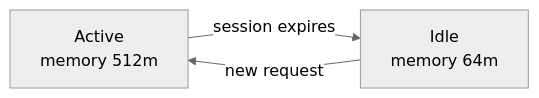
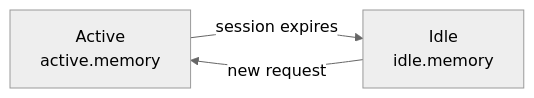
One commit to sablierapp/sablier changed the diagram in docs/content/how-to-guides/scaling-resources/scale-memory.md. Above: the diagram before and after it, drawn with Mermaid (neutral theme). The commit also changed other lines of this file and 17 other files, not shown here.

````diff
--- a/docs/content/how-to-guides/scaling-resources/scale-memory.md
+++ b/docs/content/how-to-guides/scaling-resources/scale-memory.md
@@ -41,7 +23,7 @@
 ```mermaid
 flowchart LR
-    active["Active<br/>memory 512m"]
-    idle["Idle<br/>memory 64m"]
+    active["Active<br/>active.memory"]
+    idle["Idle<br/>idle.memory"]
     active -->|session expires| idle
     idle -->|new request| active
 ```
````
